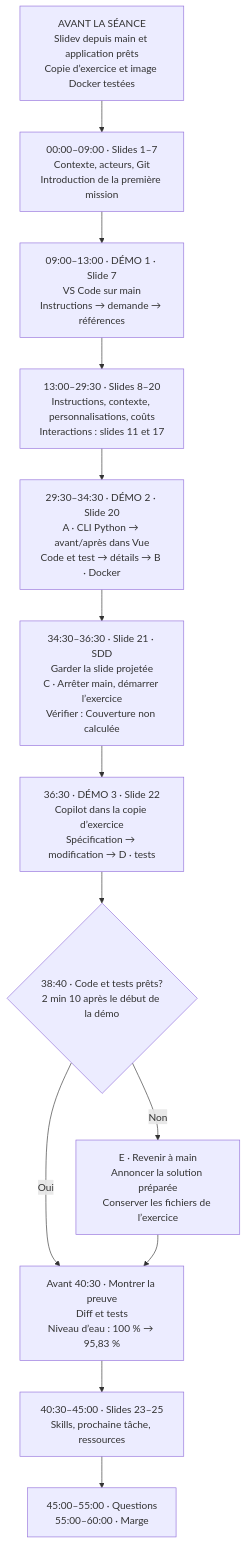
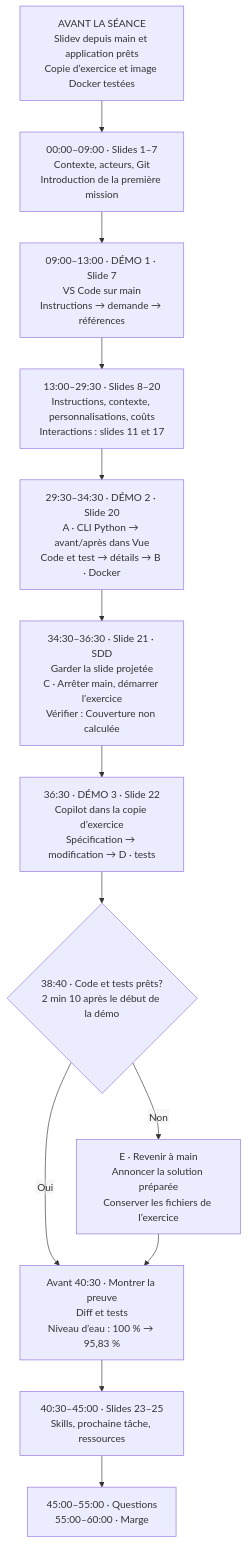
One commit to lvmajor/HydroDataLab changed the diagram in handouts/demarrage-hq-et-deroulement.md. Above: the diagram before and after it, drawn with Mermaid. The commit also changed 1 other file, not shown here.

Commit message:
docs: finalize shared HQ guide and diagram labels

````diff
--- a/handouts/demarrage-hq-et-deroulement.md
+++ b/handouts/demarrage-hq-et-deroulement.md
@@ -79,19 +79,20 @@
 ```mermaid
+%%{init: {"flowchart": {"htmlLabels": false}}}%%
 flowchart TD
     PRE["AVANT LA SÉANCE<br/>Slidev depuis main et application prêts<br/>Copie d’exercice et image Docker testées"]
     INTRO["00:00–09:00 · Slides 1–7<br/>Contexte, acteurs, Git<br/>Introduction de la première mission"]
     D1["09:00–13:00 · DÉMO 1 · Slide 7<br/>VS Code sur main<br/>Instructions → demande → références"]
     COURS["13:00–29:30 · Slides 8–20<br/>Instructions, contexte, personnalisations, coûts<br/>Interactions : slides 11 et 17"]
     D2["29:30–34:30 · DÉMO 2 · Slide 20<br/>A · CLI Python → avant/après dans Vue<br/>Code et test → détails → B · Docker"]
     BASCULE["34:30–36:30 · Slide 21 · SDD<br/>Garder la slide projetée<br/>C · Arrêter main, démarrer l’exercice<br/>Vérifier : Couverture non calculée"]
     D3["36:30 · DÉMO 3 · Slide 22<br/>Copilot dans la copie d’exercice<br/>Spécification → modification → D · tests"]
     DECISION{"38:40 · Code et tests prêts?<br/>2 min 10 après le début de la démo"}
     SECOURS["E · Revenir à main<br/>Annoncer la solution préparée<br/>Conserver les fichiers de l’exercice"]
     PREUVE["Avant 40:30 · Montrer la preuve<br/>Diff et tests<br/>Niveau d’eau : 100 % → 95,83 %"]
     FIN["40:30–45:00 · Slides 23–25<br/>Skills, prochaine tâche, ressources"]
     QUESTIONS["45:00–55:00 · Questions<br/>55:00–60:00 · Marge"]
     PRE --> INTRO --> D1 --> COURS --> D2 --> BASCULE --> D3 --> DECISION
     DECISION -->|Oui| PREUVE
     DECISION -->|Non| SECOURS --> PREUVE
     PREUVE --> FIN --> QUESTIONS
 ```
````
